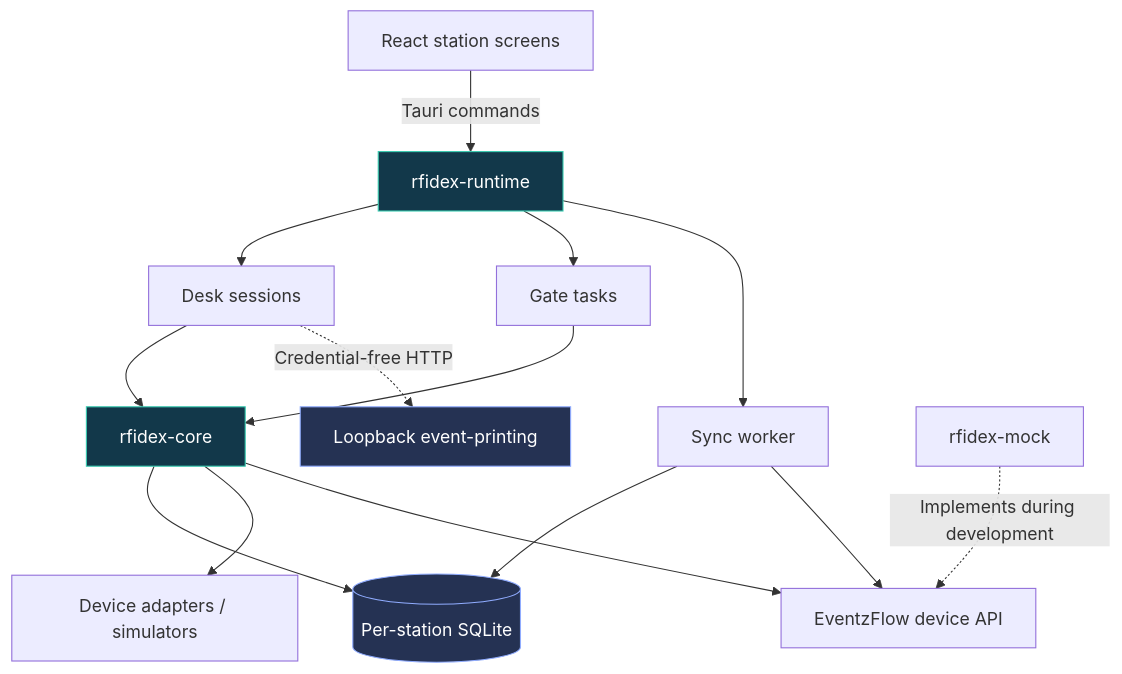
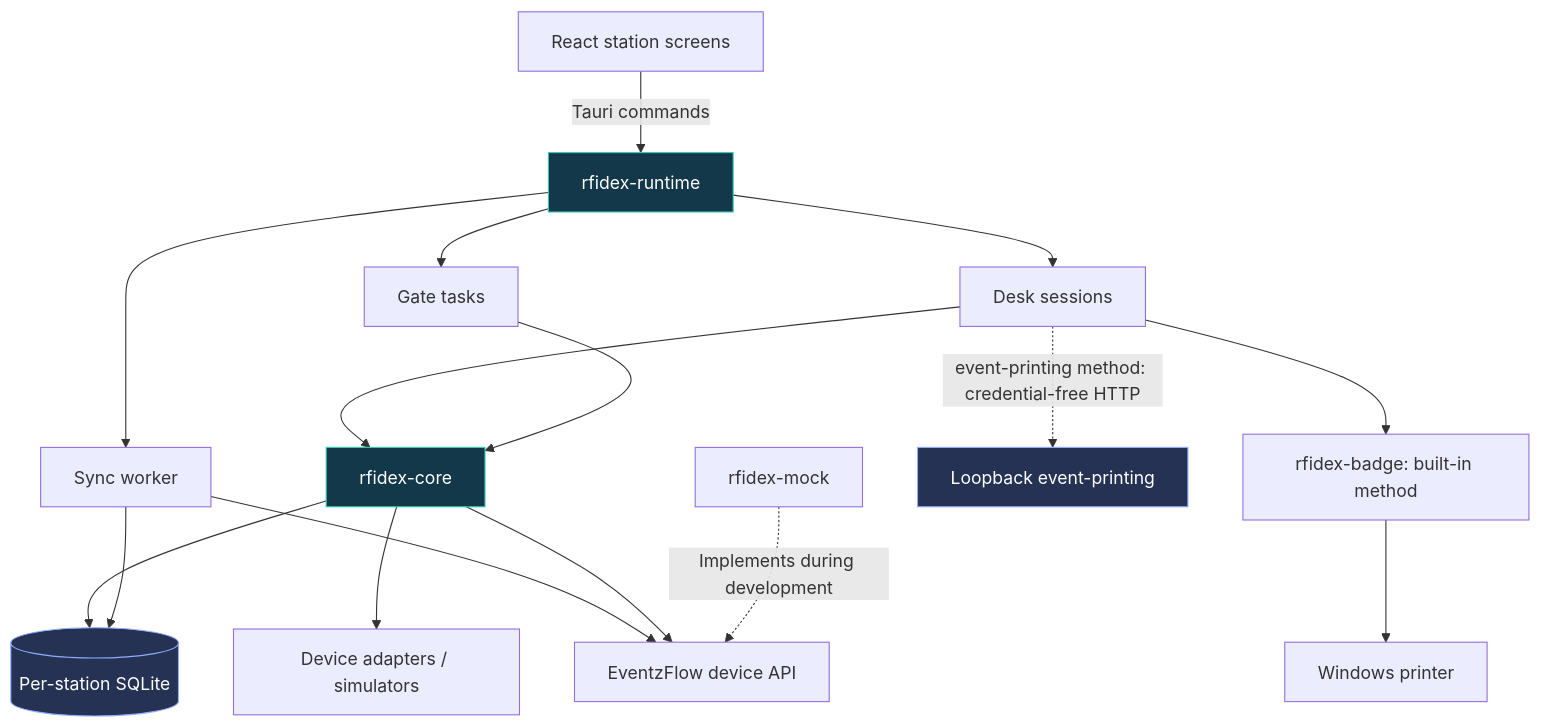
The second of 2 diagrams in README.md (LearningTigers-Sdn-Bhd/rfidex), drawn with Mermaid before and after one commit. The commit also changed other lines of this file and 42 other files, not shown here.

````diff
--- a/README.md
+++ b/README.md
@@ -419,20 +421,22 @@
 ```mermaid
 flowchart TB
     UI[React station screens] -->|Tauri commands| RT[rfidex-runtime]
     RT --> DESK[Desk sessions]
     RT --> GATES[Gate tasks]
     RT --> SYNC[Sync worker]
     DESK --> CORE[rfidex-core]
     GATES --> CORE
     CORE --> DB[(Per-station SQLite)]
     CORE --> DEV[Device adapters / simulators]
     SYNC --> DB
     SYNC --> API[EventzFlow device API]
     CORE --> API
-    DESK -. Credential-free HTTP .-> PRINT[Loopback event-printing]
+    DESK --> BADGE[rfidex-badge: built-in method]
+    BADGE --> WIN[Windows printer]
+    DESK -. event-printing method: credential-free HTTP .-> PRINT[Loopback event-printing]
     MOCK[rfidex-mock] -. Implements during development .-> API
     classDef runtime fill:#12384a,stroke:#38cbb0,color:#fff
     classDef storage fill:#253253,stroke:#90acff,color:#fff
     class RT,CORE runtime
     class DB,PRINT storage
 ```
````
